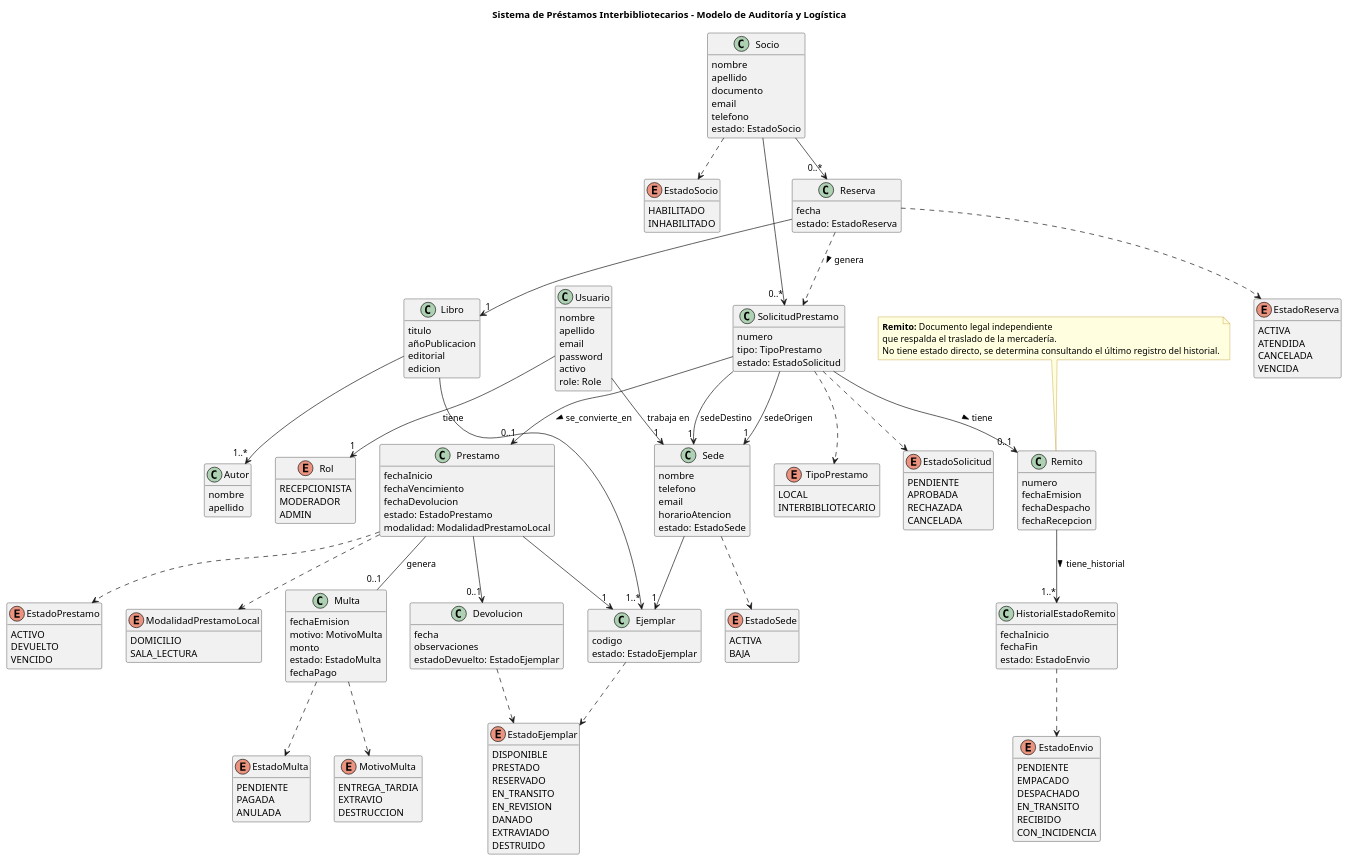
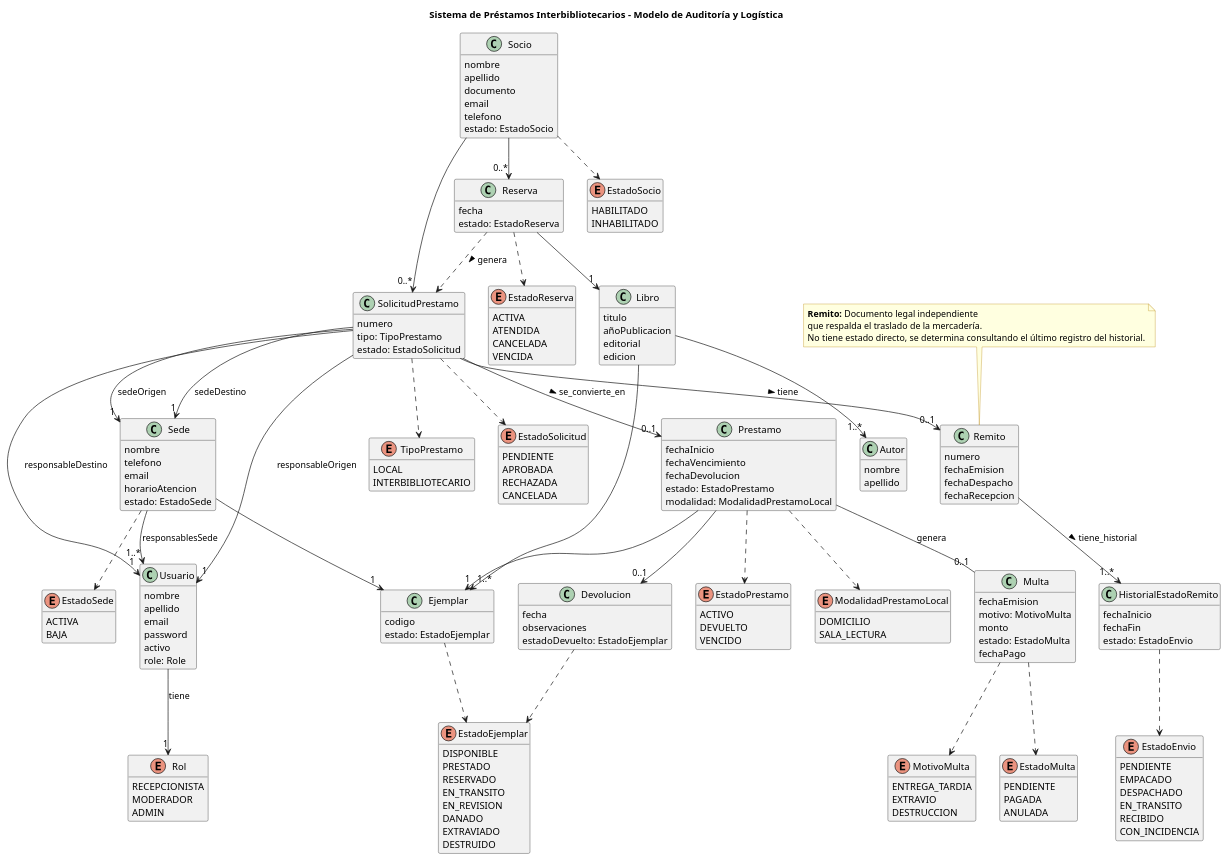
One commit to anadruetta29/tpi-dao-2026 changed the diagram in documentation/domain-class.puml. Above: the diagram before and after it, drawn with PlantUML. The commit also changed 15 other files, not shown here.

```diff
--- a/documentation/domain-class.puml
+++ b/documentation/domain-class.puml
@@ -232,7 +232,9 @@
 
 ' 8. Usuarios
 Usuario --> "1" Rol : tiene
-Usuario --> "1" Sede : trabaja en
+SolicitudPrestamo --> "1" Usuario : responsableOrigen
+SolicitudPrestamo --> "1" Usuario : responsableDestino
+Sede --> "1..*" Usuario : responsablesSede
 
 
 ' =========================
```
